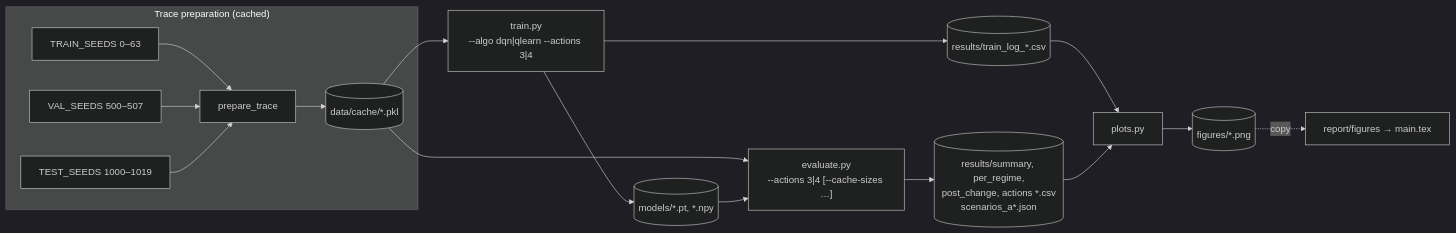
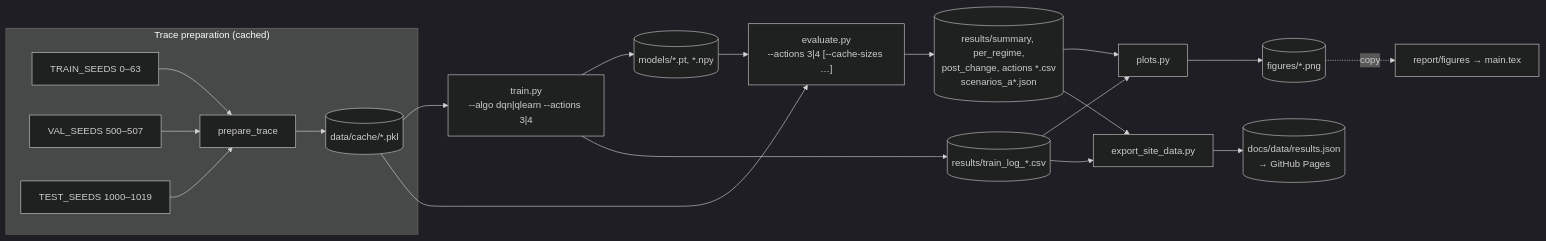
Before and after one commit to Damanish/adaptive_cache_replacement_rl: the fifth of 5 diagrams in docs/ARCHITECTURE.md, drawn with Mermaid (dark theme). The commit also changed other lines of this file and 10 other files, not shown here.

Commit message:
Add interactive results visualization for GitHub Pages

````diff
--- a/docs/ARCHITECTURE.md
+++ b/docs/ARCHITECTURE.md
@@ -241,19 +246,22 @@
 ```mermaid
 flowchart LR
     subgraph gen["Trace preparation (cached)"]
         S1[TRAIN_SEEDS 0–63] --> P[prepare_trace]
         S2[VAL_SEEDS 500–507] --> P
         S3[TEST_SEEDS 1000–1019] --> P
         P --> K[(data/cache/*.pkl)]
     end
     K --> TR["train.py<br/>--algo dqn|qlearn --actions 3|4"]
     TR --> M[(models/*.pt, *.npy)]
     TR --> LOG[(results/train_log_*.csv)]
     K --> EV["evaluate.py<br/>--actions 3|4 [--cache-sizes …]"]
     M --> EV
     EV --> CSV[(results/summary, per_regime,<br/>post_change, actions *.csv<br/>scenarios_a*.json)]
     LOG --> PL[plots.py]
     CSV --> PL
     PL --> FIG[(figures/*.png)]
     FIG -. copy .-> REP[report/figures → main.tex]
+    CSV --> EX[export_site_data.py]
+    LOG --> EX
+    EX --> SITE[(docs/data/results.json<br/>→ GitHub Pages)]
 ```
````
